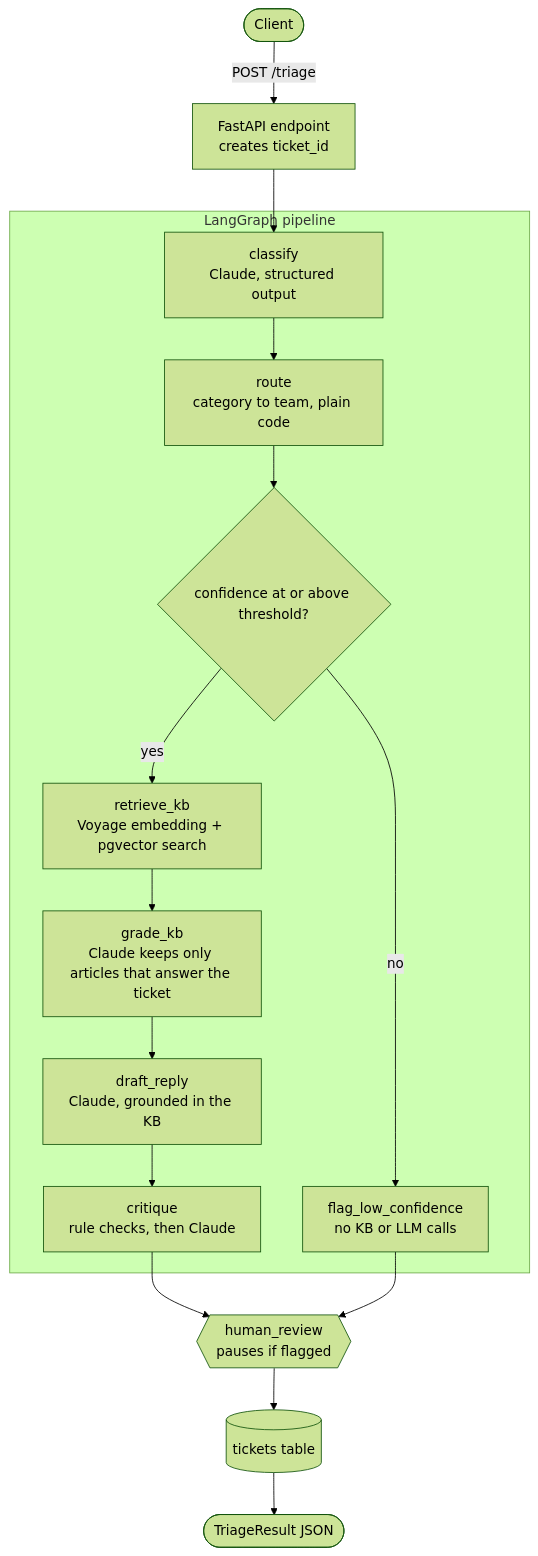
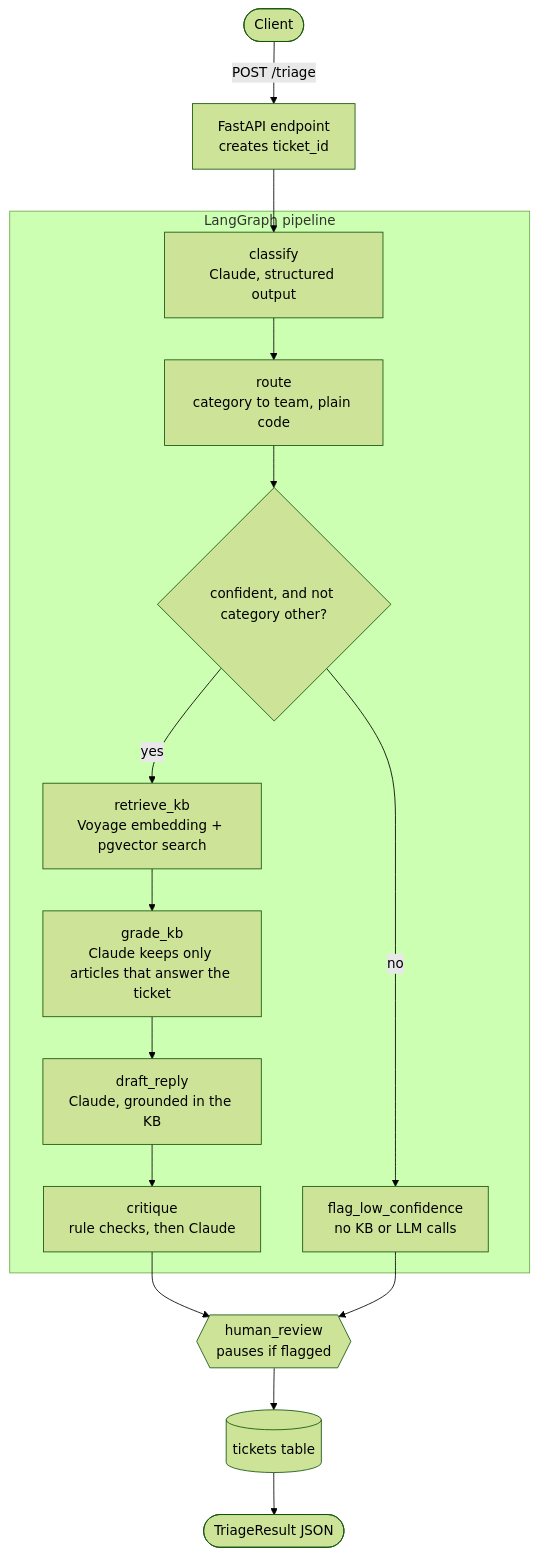
The first of 2 diagrams in README.md (ObiomaIkpe/TriageIQ), drawn with Mermaid (forest theme) before and after one commit. The commit also changed other lines of this file and 6 other files, not shown here.

Commit message:
graph: send category other tickets to human review without drafting

````diff
--- a/README.md
+++ b/README.md
@@ -22,20 +22,20 @@
 ```mermaid
 flowchart TD
     client([Client]) -->|POST /triage| api["FastAPI endpoint<br/>creates ticket_id"]
     api --> classify
 
     subgraph pipeline [LangGraph pipeline]
         classify["classify<br/>Claude, structured output"] --> route["route<br/>category to team, plain code"]
-        route --> gate{"confidence at or above threshold?"}
+        route --> gate{"confident, and not category other?"}
         gate -- yes --> retrieve["retrieve_kb<br/>Voyage embedding + pgvector search"]
         retrieve --> grade["grade_kb<br/>Claude keeps only articles that answer the ticket"]
         grade --> draft["draft_reply<br/>Claude, grounded in the KB"]
         draft --> critique["critique<br/>rule checks, then Claude"]
         gate -- no --> flag["flag_low_confidence<br/>no KB or LLM calls"]
     end
 
     critique --> review{{"human_review<br/>pauses if flagged"}}
     flag --> review
     review --> save[("tickets table")]
     save --> response([TriageResult JSON])
 ```
````
